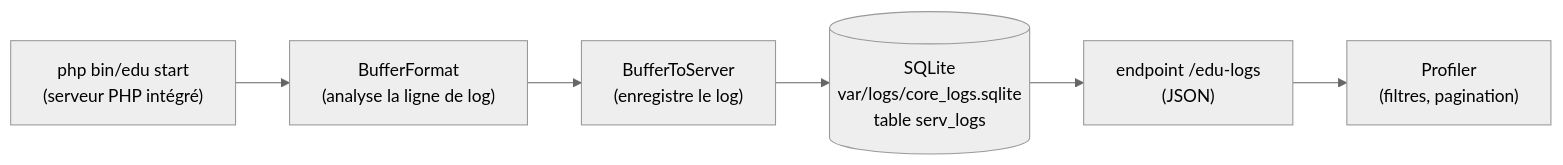
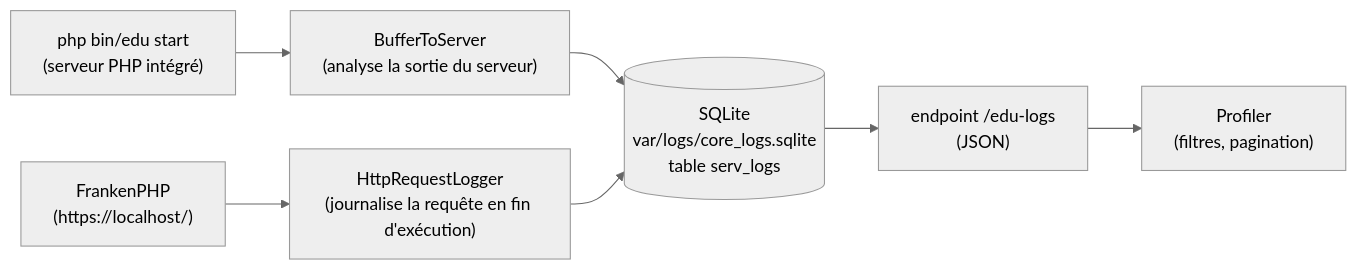
One commit to studoo-app/edu-framework changed the diagram in docs/boost/debug-bar.md. Above: the diagram before and after it, drawn with Mermaid (neutral theme). The commit also changed other lines of this file and 10 other files, not shown here.

Commit message:
feat: ajout de la journalisation des requêtes HTTP pour FrankenPHP, mise à jour du profiler et des filtres SAPI

````diff
--- a/docs/boost/debug-bar.md
+++ b/docs/boost/debug-bar.md
@@ -135,8 +155,9 @@
 ```mermaid
 flowchart LR
-    S["php bin/edu start<br/>(serveur PHP intégré)"] --> BF["BufferFormat<br/>(analyse la ligne de log)"]
-    BF --> BS["BufferToServer<br/>(enregistre le log)"]
-    BS --> DB[("SQLite<br/>var/logs/core_logs.sqlite<br/>table serv_logs")]
+    S["php bin/edu start<br/>(serveur PHP intégré)"] --> BF["BufferToServer<br/>(analyse la sortie du serveur)"]
+    FP["FrankenPHP<br/>(https://localhost/)"] --> HR["HttpRequestLogger<br/>(journalise la requête en fin d'exécution)"]
+    BF --> DB[("SQLite<br/>var/logs/core_logs.sqlite<br/>table serv_logs")]
+    HR --> DB
     DB --> API["endpoint /edu-logs<br/>(JSON)"]
     API --> P["Profiler<br/>(filtres, pagination)"]
 ```
````
